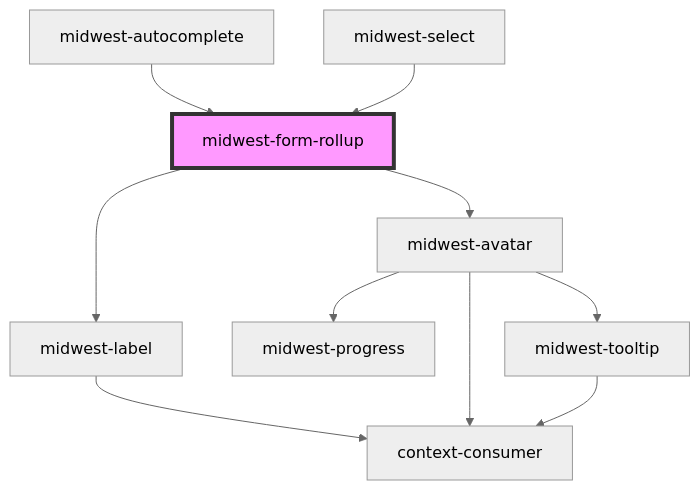
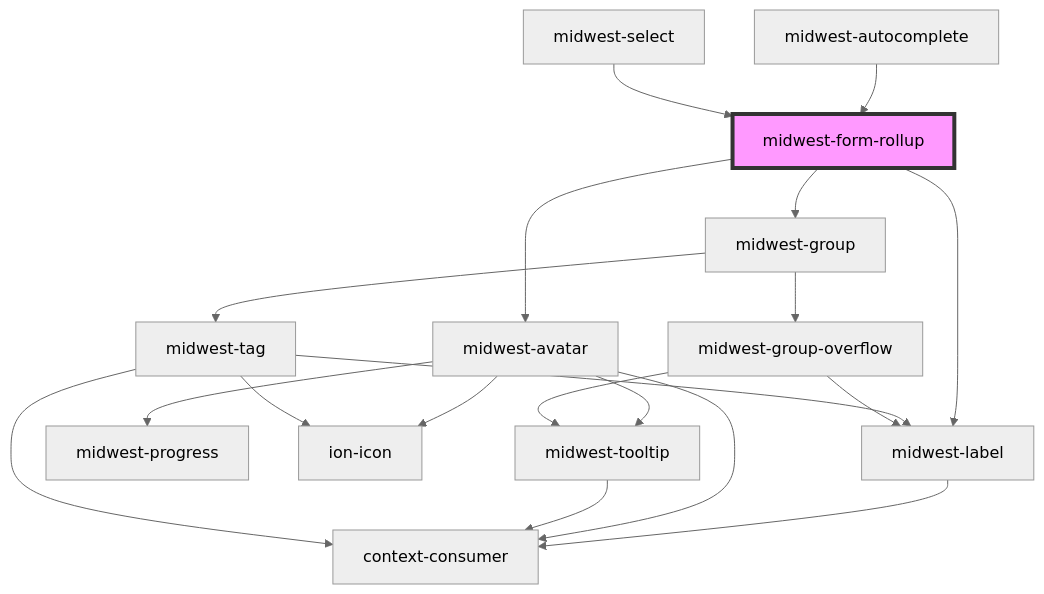
One commit to splitinfinities/Midwest changed the diagram in packages/core/docs/components/forms/form-rollup/readme.md. Above: the diagram before and after it, drawn with Mermaid (neutral theme). The commit also changed other lines of this file and 388 other files, not shown here.

````diff
--- a/packages/core/docs/components/forms/form-rollup/readme.md
+++ b/packages/core/docs/components/forms/form-rollup/readme.md
@@ -49,13 +50,22 @@
 ```mermaid
 graph TD;
   midwest-form-rollup --> midwest-label
   midwest-form-rollup --> midwest-avatar
+  midwest-form-rollup --> midwest-group
   midwest-label --> context-consumer
   midwest-avatar --> midwest-progress
+  midwest-avatar --> ion-icon
   midwest-avatar --> midwest-tooltip
   midwest-avatar --> context-consumer
   midwest-tooltip --> context-consumer
+  midwest-group --> midwest-tag
+  midwest-group --> midwest-group-overflow
+  midwest-tag --> ion-icon
+  midwest-tag --> midwest-label
+  midwest-tag --> context-consumer
+  midwest-group-overflow --> midwest-label
+  midwest-group-overflow --> midwest-tooltip
   midwest-autocomplete --> midwest-form-rollup
   midwest-select --> midwest-form-rollup
   style midwest-form-rollup fill:#f9f,stroke:#333,stroke-width:4px
 ```
````
